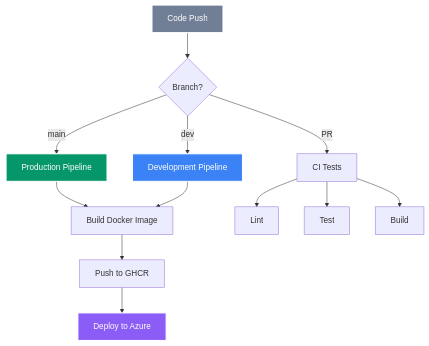
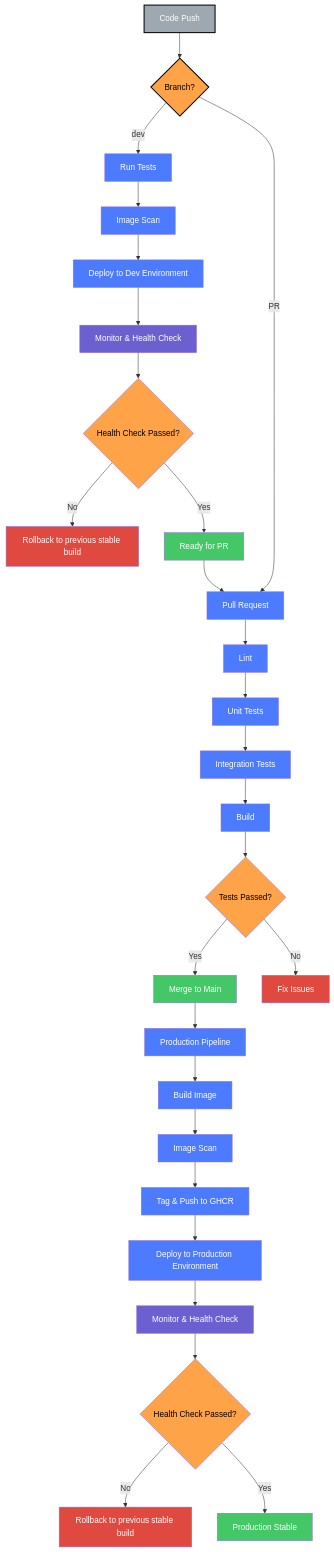
The second of 2 diagrams in docs/portfolio/index.md (mvulcu/devops-portfolio-docs), drawn with Mermaid before and after one commit.

Commit message:
chore: Update index.md for improved clarity and structure

````diff
--- a/docs/portfolio/index.md
+++ b/docs/portfolio/index.md
@@ -195,21 +195,55 @@
 ```mermaid
-flowchart TD
+graph TD
+    %% Начало процесса
     A[Code Push] --> B{Branch?}
-    B -->|main| C[Production Pipeline]
-    B -->|dev| D[Development Pipeline]
-    B -->|PR| E[CI Tests]
-    
-    C --> F[Build Docker Image]
-    D --> F
-    F --> G[Push to GHCR]
-    G --> H[Deploy to Azure]
-    
-    E --> I[Lint]
-    E --> J[Test]
-    E --> K[Build]
-    
-    style A fill:#717f96,stroke:#ffffff,stroke-width:2px,color:#ffffff
-    style C fill:#059669,stroke:#ffffff,stroke-width:2px,color:#ffffff
-    style D fill:#3b82f6,stroke:#ffffff,stroke-width:2px,color:#ffffff
-    style H fill:#8b5cf6,stroke:#ffffff,stroke-width:2px,color:#ffffff
+
+    %% Основные ветки
+    B -->|dev| D[Run Tests]
+    B -->|PR| E[Pull Request]
+
+    %% PR-пайплайн
+    E --> E1[Lint]
+    E1 --> E2[Unit Tests]
+    E2 --> E3[Integration Tests]
+    E3 --> E4[Build]
+    E4 --> E5{Tests Passed?}
+    E5 -->|Yes| E6[Merge to Main]
+    E5 -->|No| EX[Fix Issues]
+
+    %% Ветка dev
+    D --> D1[Image Scan]
+    D1 --> D2[Deploy to Dev Environment]
+    D2 --> D3[Monitor & Health Check]
+    D3 --> D4{Health Check Passed?}
+    D4 -->|No| D5[Rollback to previous stable build]
+    D4 -->|Yes| D6[Ready for PR]
+    D6 --> E[Pull Request]
+
+    %% Production Pipeline (только после merge в main)
+    E6 --> C[Production Pipeline]
+    C --> C1[Build Image]
+    C1 --> C2[Image Scan]
+    C2 --> C3[Tag & Push to GHCR]
+    C3 --> C4[Deploy to Production Environment]
+    C4 --> C5[Monitor & Health Check]
+    C5 --> C6{Health Check Passed?}
+    C6 -->|No| C7[Rollback to previous stable build]
+    C6 -->|Yes| C8[Production Stable]
+
+    %% Стили узлов
+    classDef start fill:#9da8b0,color:#fff,stroke:#000,stroke-width:2px
+    classDef action fill:#4d7bff,color:#fff
+    classDef decision fill:#ffa348,color:#000
+    classDef final fill:#44c767,color:#fff
+    classDef fail fill:#e0493f,color:#fff
+    classDef monitor fill:#6c60d0,color:#fff
+
+    class A,B start
+    class C,D,E,E1,E2,E3,E4,D1,D2,C1,C2,C3,C4 action
+    class B,E5,D4,C6 decision
+    class E6,D6,C8 final
+    class EX,D5,C7 fail
+    class D3,C5 monitor
+
+
 ```
````
